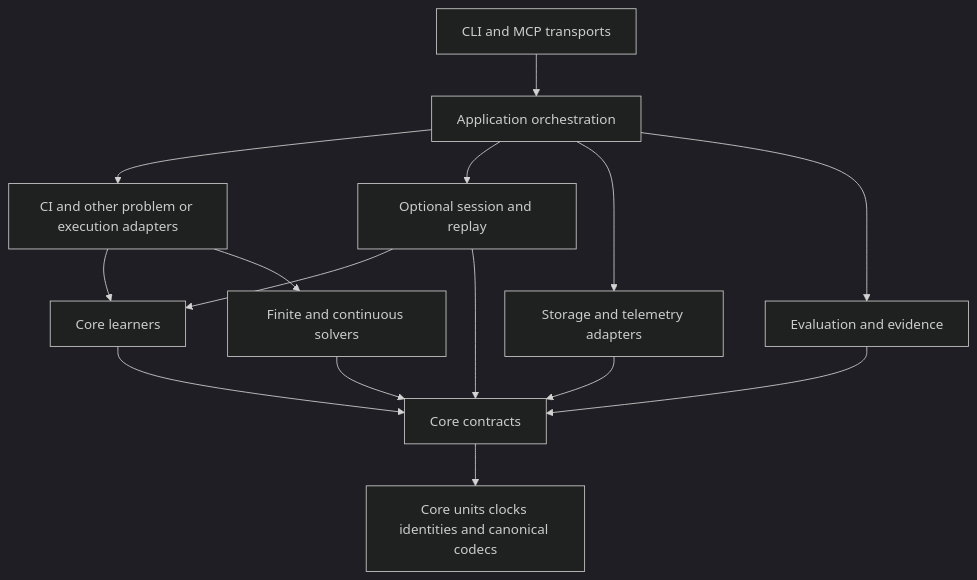
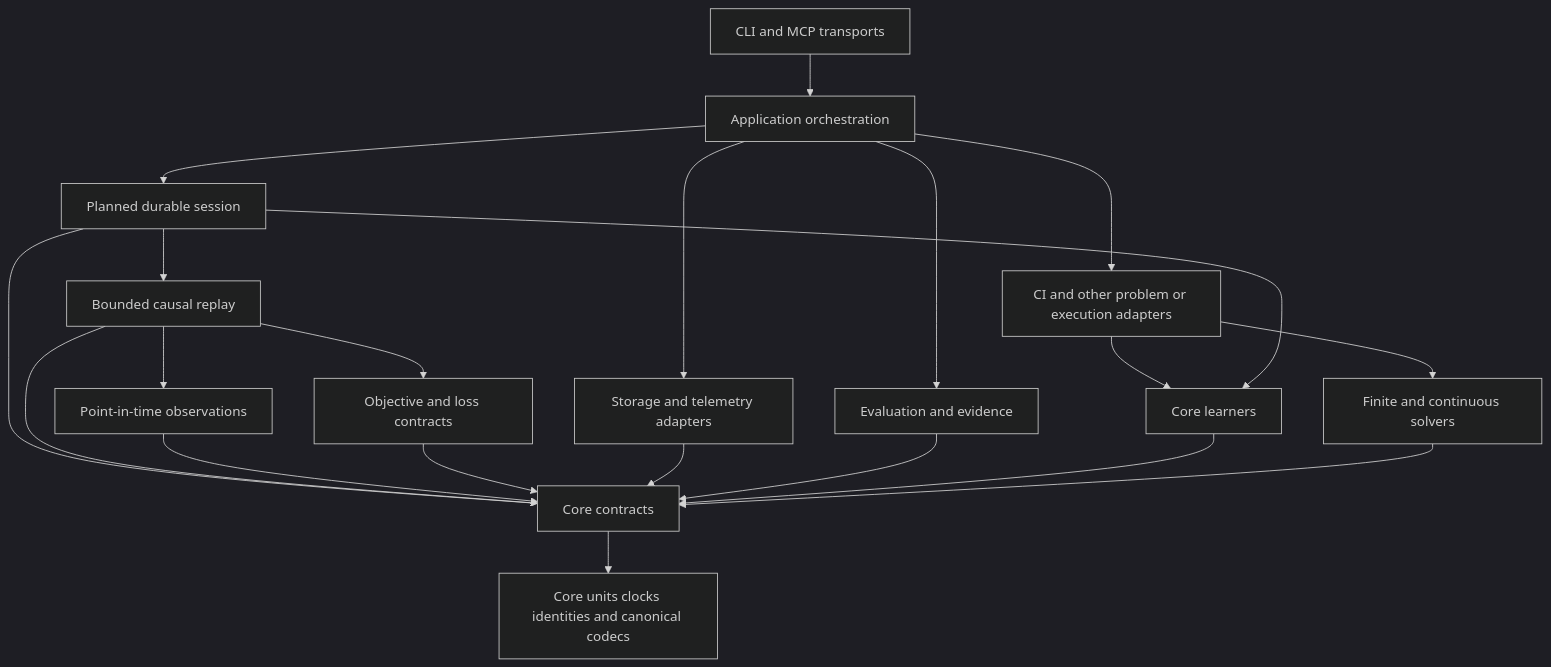
The third of 5 diagrams in docs/v5-architecture.md (jacksonpradolima/coleman), drawn with Mermaid (dark theme) before and after one commit. The commit also changed other lines of this file and 34 other files, not shown here.

Commit message:
feat(replay): add causal event replay with explicit receipt and maturity

````diff
--- a/docs/v5-architecture.md
+++ b/docs/v5-architecture.md
@@ -300,17 +315,23 @@
 ```mermaid
 flowchart TD
     CLI[CLI and MCP transports] --> Application[Application orchestration]
     Application --> Domain[CI and other problem or execution adapters]
-    Application --> Session[Optional session and replay]
+    Application --> Session[Planned durable session]
+    Session --> Replay[Bounded causal replay]
     Application --> Storage[Storage and telemetry adapters]
     Application --> Evaluation[Evaluation and evidence]
     Domain --> Learners[Core learners]
     Domain --> Solvers[Finite and continuous solvers]
     Session --> Learners
     Session --> Contracts[Core contracts]
+    Replay --> Contracts
+    Replay --> Observations[Point-in-time observations]
+    Replay --> Objectives[Objective and loss contracts]
+    Observations --> Contracts
+    Objectives --> Contracts
     Storage --> Contracts
     Evaluation --> Contracts
     Learners --> Contracts
     Solvers --> Contracts
     Contracts --> Primitives[Core units clocks identities and canonical codecs]
 ```
````
